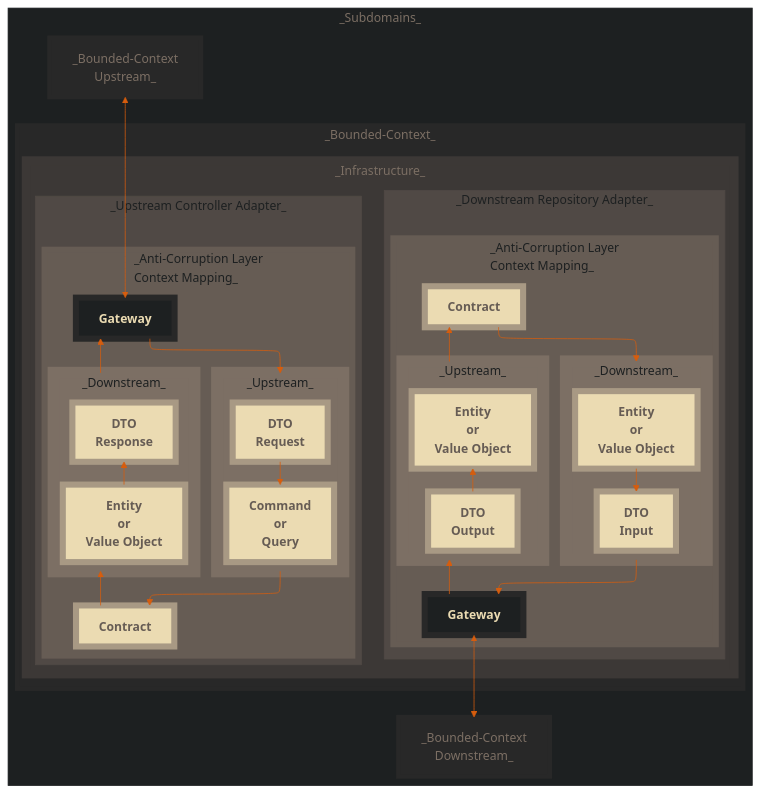
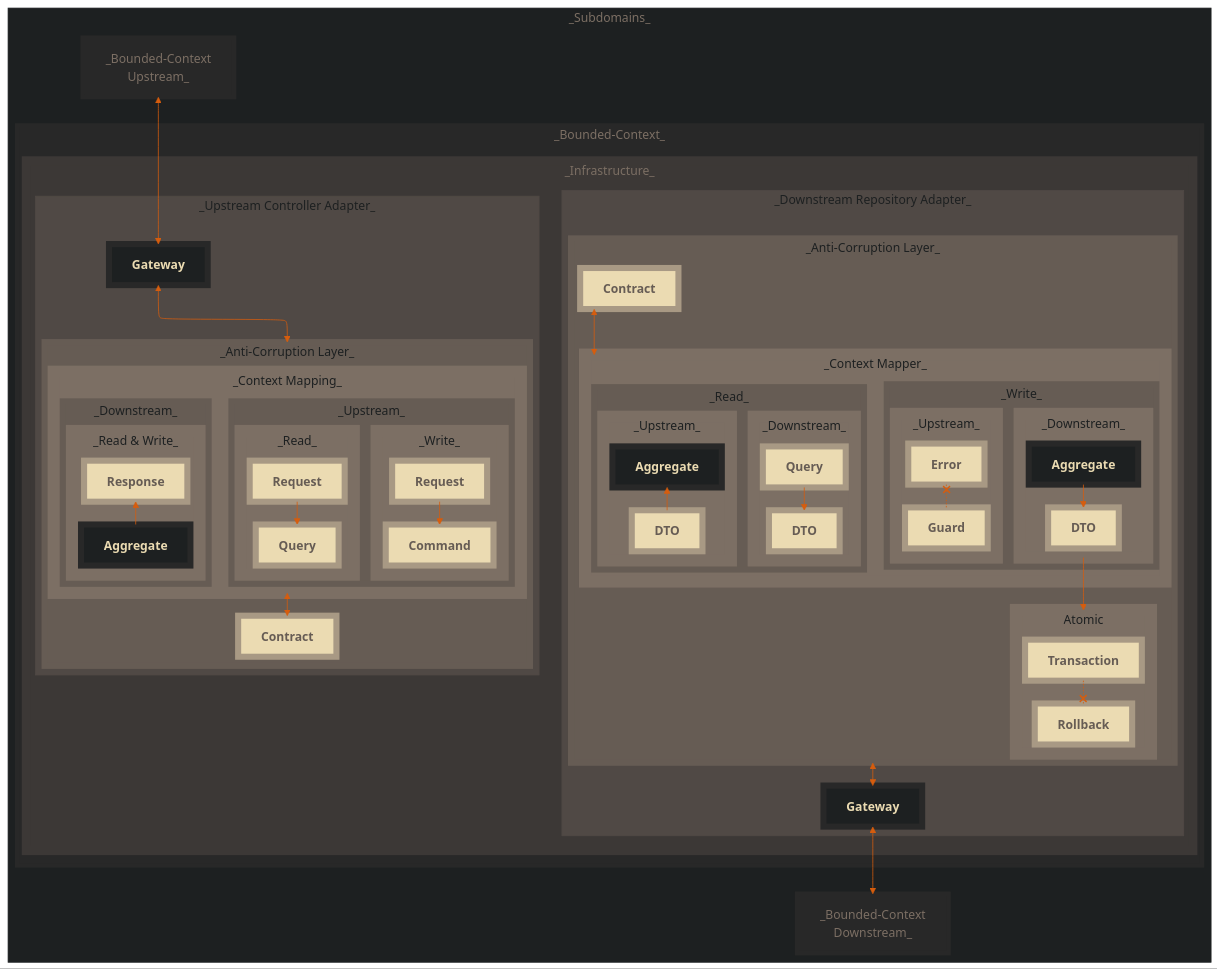
The diagram in diagrams/anti-corruption-layer-context-mapping.mermaid (superhero/handbook), drawn with Mermaid before and after one commit. The commit also changed 2 other files, not shown here.

Commit message:
Altered the Anti-Corruption Layer section to better describe the architectual intention

```diff
--- a/diagrams/anti-corruption-layer-context-mapping.mermaid
+++ b/diagrams/anti-corruption-layer-context-mapping.mermaid
@@ -1,81 +1,116 @@
 ---
 
 config:
     layout: elk
     look: classic
     theme: base
     themeVariables:
         fontFamily: "monospace"
         lineColor: "#D65D0E"
 
 ---
 
 flowchart TB
     subgraph Subdomains["_Subdomains_"]
         subgraph ImplementedBoundedContext["_Bounded-Context_"]
             subgraph Infrastructure["_Infrastructure_"]
                 subgraph Controller["_Upstream Controller Adapter_"]
-                    subgraph ControllerACL["_Anti-Corruption Layer<br>Context Mapping_"]
-                        subgraph UpstreamControllerContextMapper["_Upstream_"]
-                            UpstreamControllerRequest[DTO<br>Request] --> UpstreamControllerSchema["Command<br>or<br>Query"]
+                    subgraph ControllerACL["_Anti-Corruption Layer_"]
+                        subgraph ControllerContextMapper[_Context Mapping_]
+                            subgraph UpstreamControllerContextMapper["_Upstream_"]
+                                subgraph ControllerWriteModel["_Write_"]
+                                    UpstreamControllerWriteModelRequest[Request] --> ControllerCommand[Command]
+                                end
+
+                                subgraph ControllerReadModel["_Read_"]
+                                    UpstreamControllerReadModelRequest[Request] --> ControllerQuery[Query]
+                                end
+                            end
+
+                            subgraph DownstreamControllerContextMapper["_Downstream_"]
+                                subgraph DownstreamControllerReadWriteModel["_Read & Write_"]
+                                    direction BT
+                                    DownstreamControllerSchema["Aggregate"] --> DownstreamResponse[Response]
+                                end
+                            end
                         end
 
-                        subgraph DownstreamControllerContextMapper["_Downstream_"]
-                            direction BT
-                            DownstreamControllerSchema["Entity<br>or<br>Value Object"] --> DownstreamResponse[DTO<br>Response]
-                        end
+                        ControllerContextMapper <--> ControllerContract[Contract]
+                    end
 
-                        ControllerGateway[Gateway]          --> UpstreamControllerContextMapper
-                        UpstreamControllerContextMapper     --> ControllerContract[Contract]
-                        DownstreamControllerContextMapper   ~~~ ControllerContract
-                        ControllerGateway                   ~~~ DownstreamControllerContextMapper
-                        ControllerContract                  --> DownstreamControllerContextMapper
-                        DownstreamControllerContextMapper   --> ControllerGateway
-                    end
+                    ControllerGateway ~~~ ControllerACL
+                    ControllerGateway[Gateway] <--> ControllerACL
+                    ControllerGateway ~~~ ControllerACL
+                    ControllerGateway ~~~ ControllerACL
+                    ControllerGateway ~~~ ControllerACL
                 end
 
                 subgraph Repository["_Downstream Repository Adapter_"]
-                    subgraph RepositoryACL["_Anti-Corruption Layer<br>Context Mapping_"]
-                        subgraph UpstreamRepositoryContextMapper["_Upstream_"]
-                            direction BT
-                            UpstreamRepositoryDTO[DTO<br>Output] --> UpstreamRepositorySchema["Entity<br>or<br>Value Object"]
+                    subgraph RepositoryACL["_Anti-Corruption Layer_"]
+                        subgraph RepositoryContextMapper["_Context Mapper_"]
+                            subgraph RepositoryWriteModel["_Write_"]
+                                subgraph DownstreamRepositoryWriteModel["_Downstream_"]
+                                    DownstreamRepositorySchema["Aggregate"] --> WriteModelDownstreamRepositoryDTO[DTO]
+                                end
+
+                                subgraph UpstreamRepositoryWriteModel["_Upstream_"]
+                                    direction BT
+                                    UpstreamRepositoryGuard[Guard] -.-x UpstreamRepositorySchema["Error"]
+                                end
+                            end
+                                
+                            subgraph RepositoryReadModel["_Read_"]
+                                subgraph DownstreamRepositoryReadModel["_Downstream_"]
+                                    RepositoryQuery[Query] --> ReadModelDownstreamRepositoryDTO[DTO]
+                                end
+
+                                subgraph UpstreamRepositoryReadModel["_Upstream_"]
+                                    direction BT
+                                    UpstreamRepositoryReadModelDTO[DTO] --> UpstreamRepositoryReadModelSchema["Aggregate"]
+                                end
+                            end
                         end
 
-                        subgraph DownstreamRepositoryContextMapper["_Downstream_"]
-                            DownstreamRepositorySchema["Entity<br>or<br>Value Object"] --> DownstreamRepositoryDTO[DTO<br>Input]
+                        subgraph RepositoryAtomic[Atomic]
+                            RepositoryAtomicTransaction[Transaction] -.-x RepositoryAtomicRollback[Rollback]
                         end
-                        
-                        DownstreamRepositoryContextMapper   --> RepositoryGateway[Gateway]
-                        RepositoryContract[Contract]        --> DownstreamRepositoryContextMapper
-                        RepositoryContract                  ~~~ UpstreamRepositoryContextMapper
-                        UpstreamRepositoryContextMapper     ~~~ RepositoryGateway
-                        UpstreamRepositoryContextMapper     --> RepositoryContract
-                        RepositoryGateway                   --> UpstreamRepositoryContextMapper
+
+                        RepositoryContract[Contract]    <--> RepositoryContextMapper
+                        RepositoryContract              ~~~~ RepositoryContextMapper
+                        RepositoryContract              ~~~~ RepositoryContextMapper
+                        RepositoryContract              ~~~~ RepositoryContextMapper
+                        RepositoryContract              ~~~~ RepositoryContextMapper
+                        RepositoryContract              ~~~~ RepositoryContextMapper
+                        DownstreamRepositoryWriteModel  ---> RepositoryAtomic
                     end
+
+                    RepositoryACL <--> RepositoryGateway[Gateway]
                 end
             end
         end
 
         ControllerBoundedContext["_Bounded-Context<br>Upstream_"] <--> ControllerGateway
         RepositoryGateway <--> RepositoryBoundedContext["_Bounded-Context<br>Downstream_"]
     end
 
     classDef nsDepth_1 fill:#1D2021,stroke:#1D2021,color:#7C6F64
     classDef nsDepth_2 fill:#282828,stroke:#282828,color:#7C6F64,stroke-width:6px
     classDef nsDepth_3 fill:#3C3836,stroke:#3C3836,color:#7C6F64,stroke-width:12px
     classDef nsDepth_4 fill:#504945,stroke:#504945,color:#1D2021
     classDef nsDepth_5 fill:#665C54,stroke:#665C54,color:#1D2021,stroke-width:8px
     classDef nsDepth_6 fill:#7C6F64,stroke:#7C6F64,color:#1D2021,stroke-width:16px
     
     classDef implementation fill:#1D2021,stroke:#282828,font-weight:bold,stroke-width:8px,color:#EBDBB2
     classDef contract fill:#EBDBB2,stroke:#A89984,font-weight:bold,stroke-width:8px,color:#665C54
 
     class Subdomains nsDepth_1
     class ImplementedBoundedContext,ControllerBoundedContext,RepositoryBoundedContext nsDepth_2
     class Infrastructure nsDepth_3
     class Controller,Repository nsDepth_4
     class ControllerACL,RepositoryACL nsDepth_5
-    class UpstreamControllerContextMapper,DownstreamControllerContextMapper,UpstreamRepositoryContextMapper,DownstreamRepositoryContextMapper nsDepth_6
+    class ControllerContextMapper,RepositoryContextMapper,RepositoryAtomic,DownstreamControllerReadWriteModel nsDepth_6
+    class UpstreamControllerContextMapper,DownstreamControllerContextMapper,RepositoryWriteModel,RepositoryReadModel nsDepth_5
+    class ControllerWriteModel,ControllerReadModel,UpstreamRepositoryWriteModel,UpstreamRepositoryReadModel,DownstreamRepositoryReadModel,DownstreamRepositoryWriteModel nsDepth_6
     
-    class UpstreamControllerRequest,DownstreamResponse,DownstreamControllerSchema,UpstreamControllerSchema,RepositoryContract,ControllerContract,UpstreamRepositoryDTO,UpstreamRepositorySchema,DownstreamRepositoryDTO,DownstreamRepositorySchema contract
-    class RepositoryGateway,RepositoryMapper,RepositoryGuard,ControllerMapper,ControllerGateway,ControllerAdapter,RepositoryAdapter implementation
+    class RepositoryAtomicTransaction,UpstreamControllerWriteModelRequest,UpstreamControllerReadModelRequest,DownstreamResponse,ControllerQuery,RepositoryQuery,ControllerCommand,RepositoryContract,ControllerContract,UpstreamRepositoryGuard,UpstreamRepositoryReadModelDTO,UpstreamRepositorySchema,WriteModelDownstreamRepositoryDTO,ReadModelDownstreamRepositoryDTO,RepositoryAtomicRollback contract
+    class UpstreamRepositoryReadModelSchema,DownstreamRepositorySchema,DownstreamControllerSchema,RepositoryGateway,RepositoryMapper,RepositoryGuard,ControllerMapper,ControllerGateway,ControllerAdapter,RepositoryAdapter implementation
```
